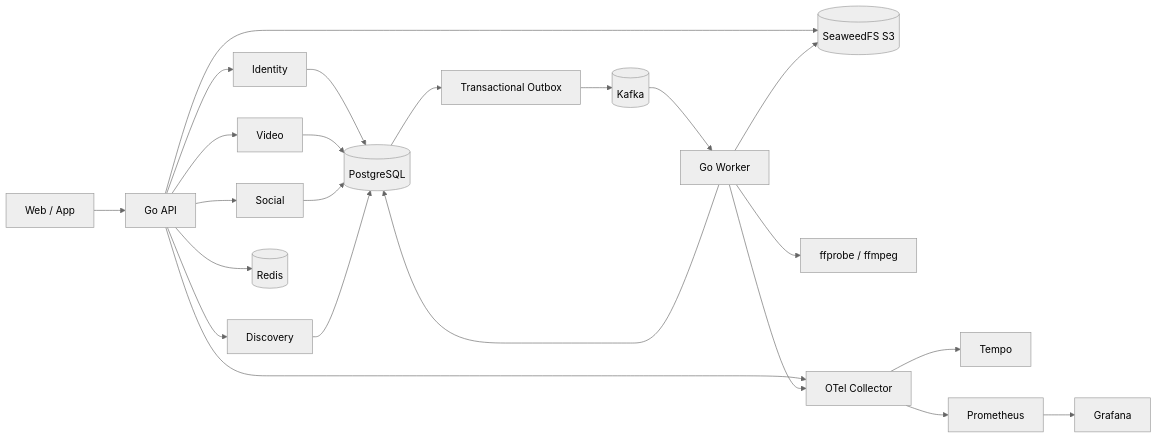
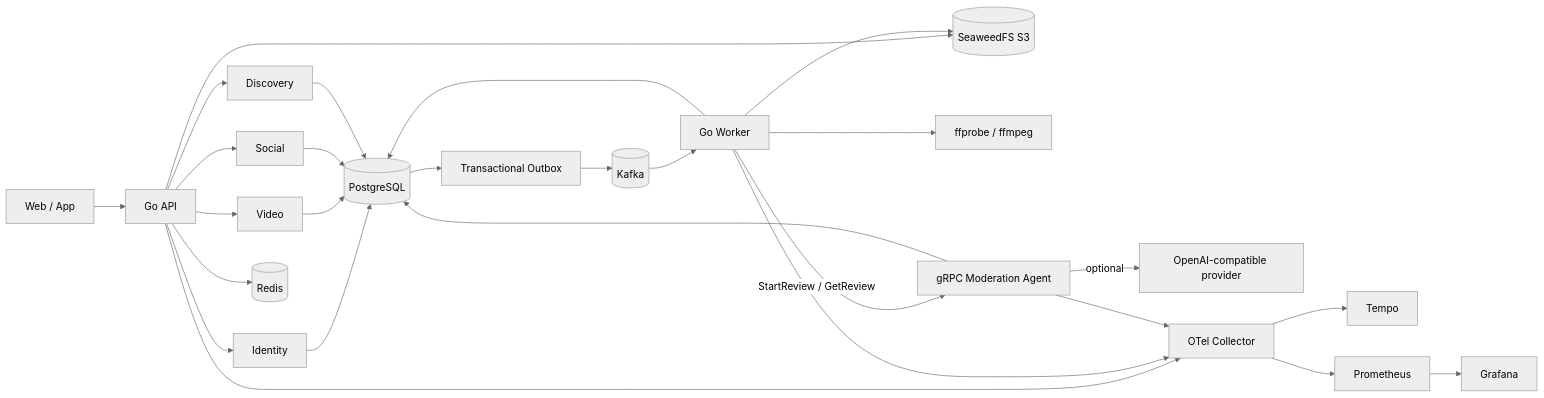
One commit to Sealessland/sea-music changed the diagram in README.md. Above: the diagram before and after it, drawn with Mermaid (neutral theme). The commit also changed other lines of this file and 36 other files, not shown here.

Commit message:
feat: add reliable gRPC moderation agent

````diff
--- a/README.md
+++ b/README.md
@@ -50,21 +51,24 @@
 ```mermaid
 flowchart LR
     Client[Web / App] --> API[Go API]
     API --> ID[Identity]
     API --> Video[Video]
     API --> Social[Social]
     API --> Discovery[Discovery]
     ID & Video & Social & Discovery --> PG[(PostgreSQL)]
     API --> Redis[(Redis)]
     API --> S3[(SeaweedFS S3)]
     PG --> Outbox[Transactional Outbox]
     Outbox --> Kafka[(Kafka)]
     Kafka --> Worker[Go Worker]
     Worker --> PG
     Worker --> S3
     Worker --> FF[ffprobe / ffmpeg]
-    API & Worker --> OTel[OTel Collector]
+    Worker -->|StartReview / GetReview| Agent[gRPC Moderation Agent]
+    Agent --> PG
+    Agent -->|optional| LLM[OpenAI-compatible provider]
+    API & Worker & Agent --> OTel[OTel Collector]
     OTel --> Tempo[Tempo]
     OTel --> Prom[Prometheus]
     Prom --> Grafana[Grafana]
 ```
````
